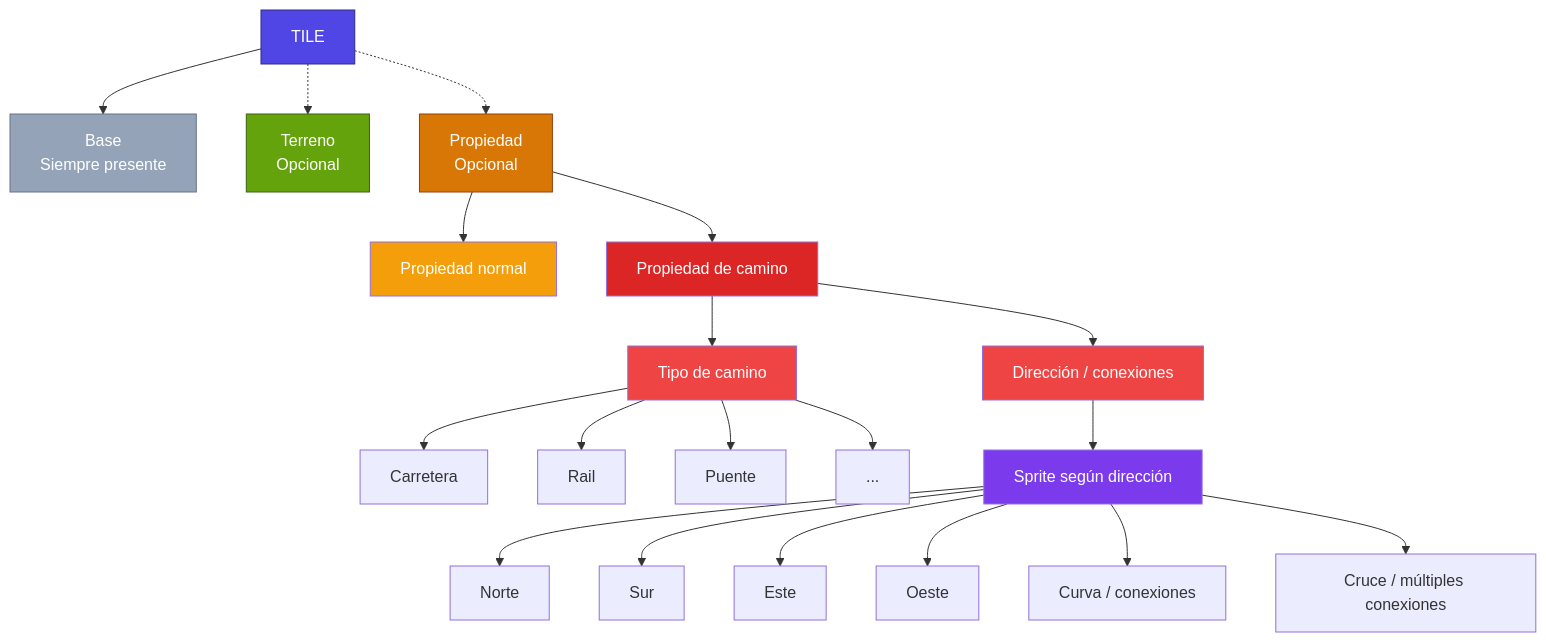
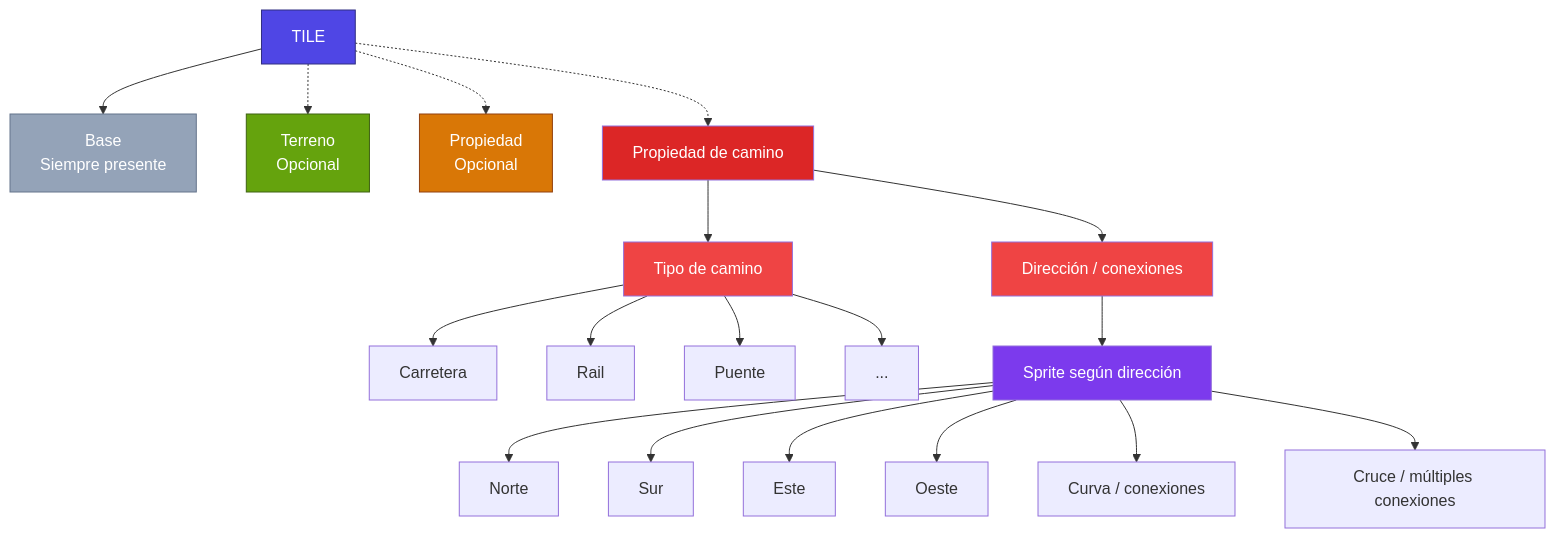
One commit to gridstudiofficial/gridstudiofficial.github.io changed the seventh of 7 diagrams in public/gdd/GDD.md. Above: the diagram before and after it, drawn with Mermaid. The commit also changed other lines of this file, not shown here.

````diff
--- a/public/gdd/GDD.md
+++ b/public/gdd/GDD.md
@@ -498,31 +527,29 @@
 ```mermaid
 flowchart TD
     TILE["TILE"]
     TILE --> BASE["Base<br/>Siempre presente"]
     TILE -.-> TERRAIN["Terreno<br/>Opcional"]
     TILE -.-> PROPERTY["Propiedad<br/>Opcional"]
-    PROPERTY --> NORMAL["Propiedad normal"]
-    PROPERTY --> PATH["Propiedad de camino"]
+    TILE -.-> PATH["Propiedad de camino"]
     PATH --> TYPE["Tipo de camino"]
     PATH --> DIRECTION["Dirección / conexiones"]
     TYPE --> ROAD["Carretera"]
     TYPE --> RAIL["Rail"]
     TYPE --> BRIDGE["Puente"]
     TYPE --> OTHER["..."]
     DIRECTION --> SPRITE["Sprite según dirección"]
     SPRITE --> S1["Norte"]
     SPRITE --> S2["Sur"]
     SPRITE --> S3["Este"]
     SPRITE --> S4["Oeste"]
     SPRITE --> S5["Curva / conexiones"]
     SPRITE --> S6["Cruce / múltiples conexiones"]
     style TILE fill: #4f46e5, color: #fff, stroke: #312e81
     style BASE fill: #94a3b8, color: #fff, stroke: #64748b
     style TERRAIN fill: #65a30d, color: #fff, stroke: #3f6212
     style PROPERTY fill: #d97706, color: #fff, stroke: #92400e
-    style NORMAL fill: #f59e0b, color: #fff
     style PATH fill: #dc2626, color: #fff
     style TYPE fill: #ef4444, color: #fff
     style DIRECTION fill: #ef4444, color: #fff
     style SPRITE fill: #7c3aed, color: #fff
 ```
````
